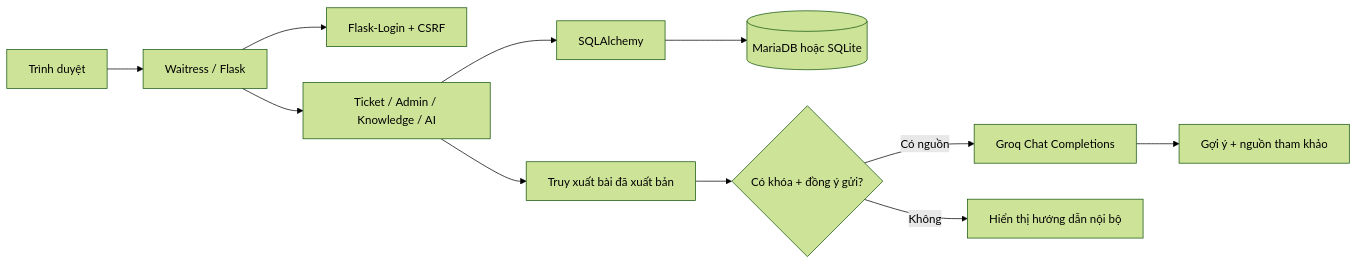
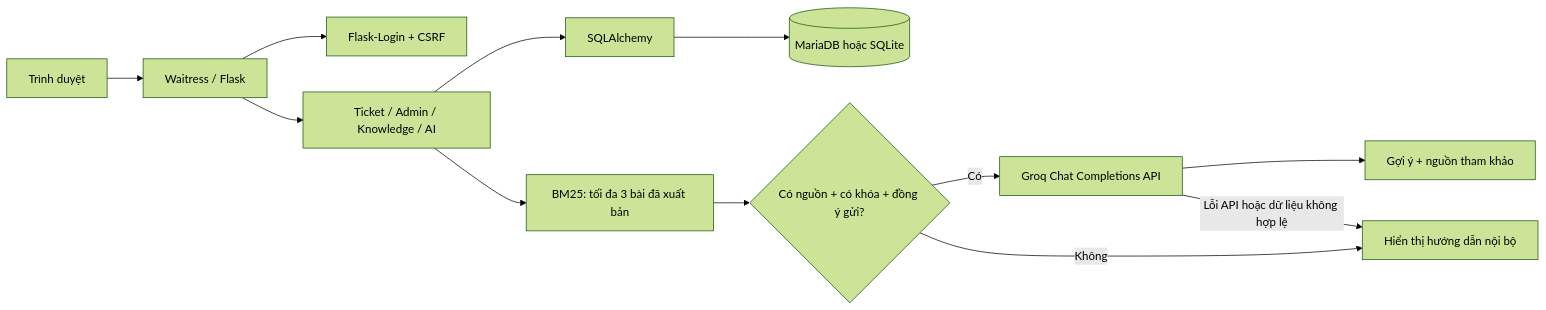
Before and after one commit to tbtrong240601/SmartTicketSystem: the first of 3 diagrams in docs/REPORT_GUIDE.md, drawn with Mermaid (forest theme). The commit also changed other lines of this file and 2 other files, not shown here.

````diff
--- a/docs/REPORT_GUIDE.md
+++ b/docs/REPORT_GUIDE.md
@@ -22,13 +22,14 @@
 ```mermaid
 flowchart LR
     Browser[Trình duyệt] --> Server[Waitress / Flask]
     Server --> Auth[Flask-Login + CSRF]
     Server --> Routes[Ticket / Admin / Knowledge / AI]
     Routes --> ORM[SQLAlchemy]
     ORM --> DB[(MariaDB hoặc SQLite)]
-    Routes --> Retrieval[Truy xuất bài đã xuất bản]
-    Retrieval --> Optional{Có khóa + đồng ý gửi?}
-    Optional -->|Có nguồn| Groq[Groq Chat Completions]
+    Routes --> Retrieval[BM25: tối đa 3 bài đã xuất bản]
+    Retrieval --> Optional{Có nguồn + có khóa + đồng ý gửi?}
+    Optional -->|Có| Groq[Groq Chat Completions API]
     Optional -->|Không| Local[Hiển thị hướng dẫn nội bộ]
     Groq --> Suggestion[Gợi ý + nguồn tham khảo]
+    Groq -->|Lỗi API hoặc dữ liệu không hợp lệ| Local
 ```
````
